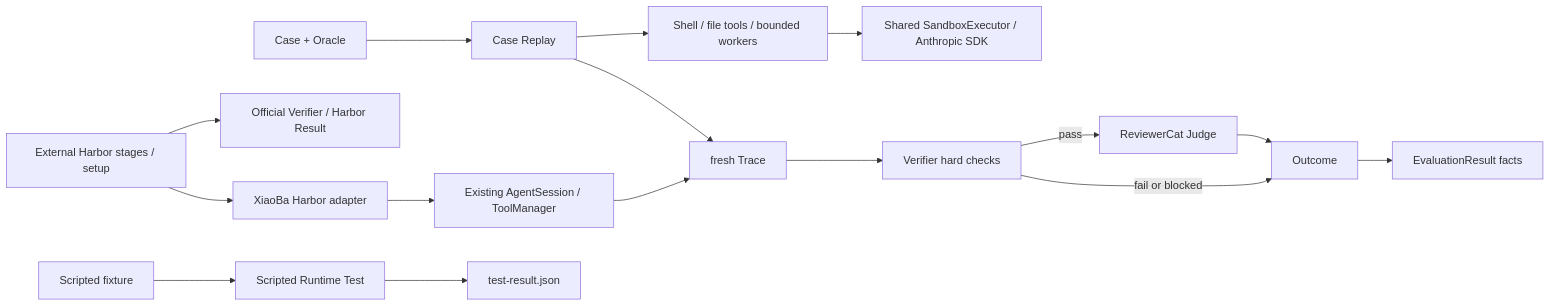
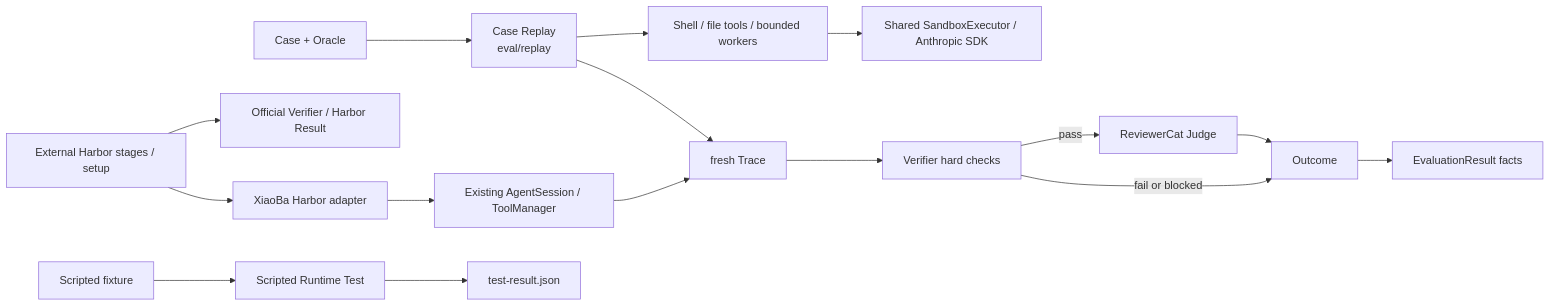
One commit to fightheyyy/XIAOBA changed the first of 2 diagrams in docs/evaluation/SPEC.md. Above: the diagram before and after it, drawn with Mermaid. The commit also changed other lines of this file and 477 other files, not shown here.

````diff
--- a/docs/evaluation/SPEC.md
+++ b/docs/evaluation/SPEC.md
@@ -49,19 +51,19 @@
 ```mermaid
 flowchart LR
     Harbor["External Harbor stages / setup"] --> Adapter["XiaoBa Harbor adapter"]
     Adapter --> Runtime["Existing AgentSession / ToolManager"]
     Runtime --> Trace
     Harbor --> Official["Official Verifier / Harbor Result"]
     Replay --> Execution["Shell / file tools / bounded workers"]
     Execution --> Sandbox["Shared SandboxExecutor / Anthropic SDK"]
     Fixture["Scripted fixture"] --> Test["Scripted Runtime Test"]
     Test --> TestResult["test-result.json"]
 
-    Case["Case + Oracle"] --> Replay["Case Replay"]
+    Case["Case + Oracle"] --> Replay["Case Replay<br/>eval/replay"]
     Replay --> Trace["fresh Trace"]
     Trace --> Verifier["Verifier hard checks"]
     Verifier -->|pass| Reviewer["ReviewerCat Judge"]
     Verifier -->|fail or blocked| Outcome["Outcome"]
     Reviewer --> Outcome
     Outcome --> Facts["EvaluationResult facts"]
 ```
````
